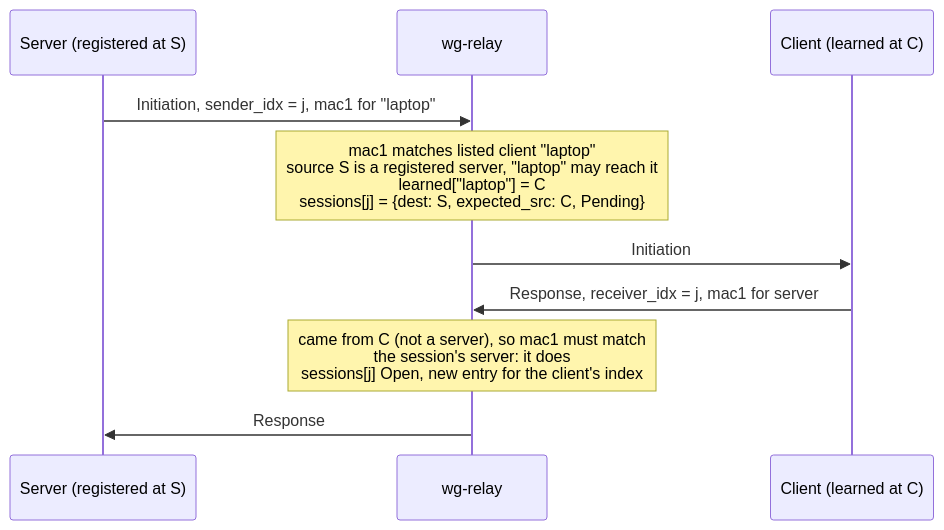
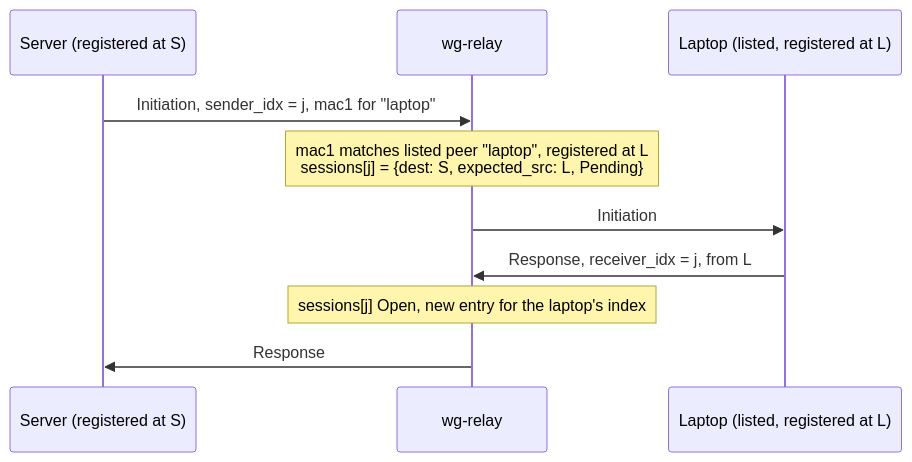
Before and after one commit to 3alpha/wg-relay: diagram 12 of 22 in docs/how-it-works.md, drawn with Mermaid. The commit also changed other lines of this file and 16 other files, not shown here.

````diff
--- a/docs/how-it-works.md
+++ b/docs/how-it-works.md
@@ -403,12 +411,12 @@
 ```mermaid
 sequenceDiagram
     participant S as Server (registered at S)
     participant R as wg-relay
-    participant C as Client (learned at C)
+    participant L as Laptop (listed, registered at L)
     S->>R: Initiation, sender_idx = j, mac1 for "laptop"
-    Note over R: mac1 matches listed client "laptop"<br/>source S is a registered server, "laptop" may reach it<br/>learned["laptop"] = C<br/>sessions[j] = {dest: S, expected_src: C, Pending}
-    R->>C: Initiation
-    C->>R: Response, receiver_idx = j, mac1 for server
-    Note over R: came from C (not a server), so mac1 must match<br/>the session's server: it does<br/>sessions[j] Open, new entry for the client's index
+    Note over R: mac1 matches listed peer "laptop", registered at L<br/>sessions[j] = {dest: S, expected_src: L, Pending}
+    R->>L: Initiation
+    L->>R: Response, receiver_idx = j, from L
+    Note over R: sessions[j] Open, new entry for the laptop's index
     R->>S: Response
 ```
````
